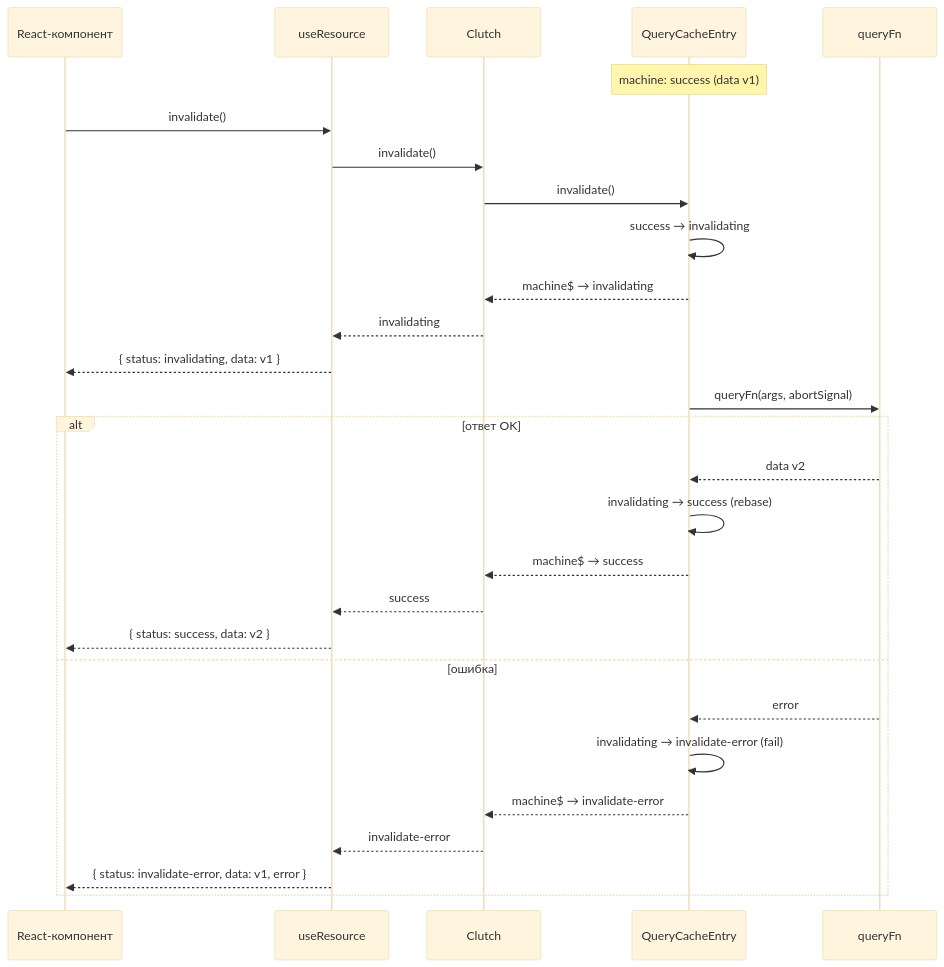
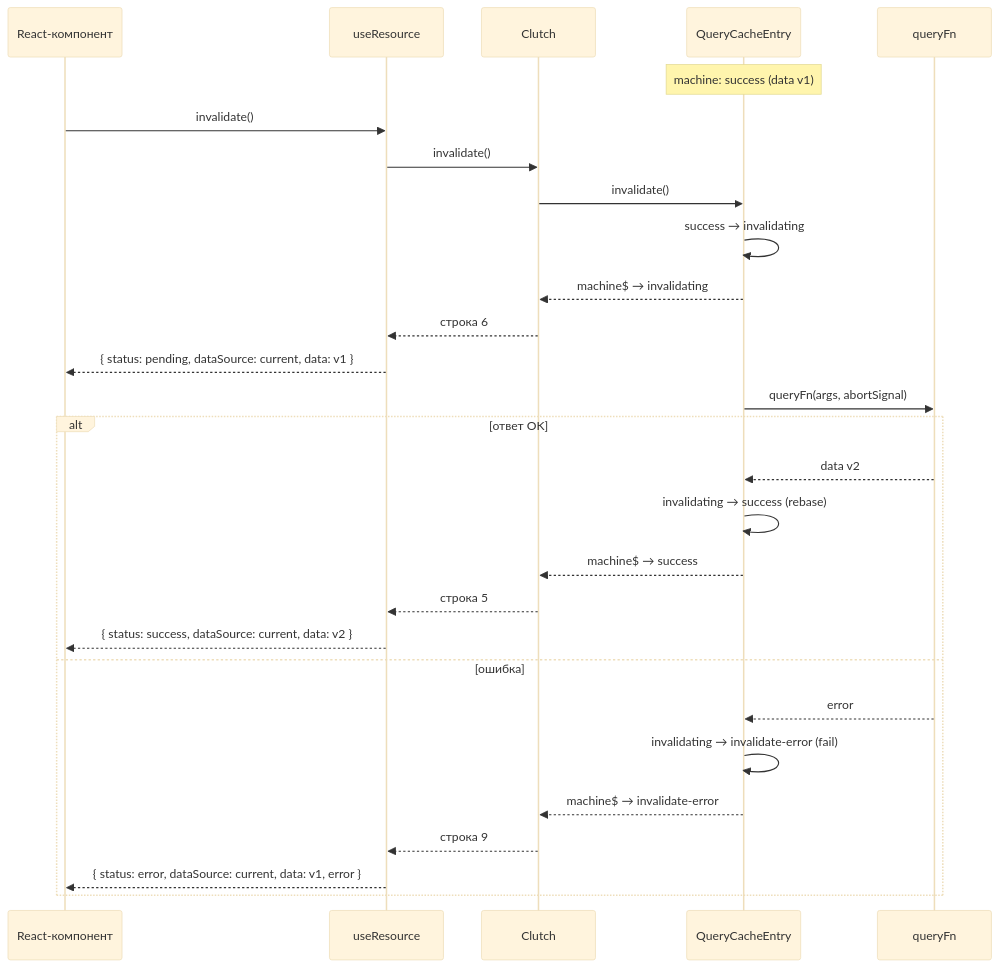
One commit to fozy-labs/rx-toolkit changed the fourth of 10 diagrams in docs/query/concepts/dataflows.md. Above: the diagram before and after it, drawn with Mermaid (base theme). The commit also changed other lines of this file and 67 other files, not shown here.

````diff
--- a/docs/query/concepts/dataflows.md
+++ b/docs/query/concepts/dataflows.md
@@ -156,34 +156,34 @@
 ```mermaid
 sequenceDiagram
     participant UI as React-компонент
     participant Hook as useResource
     participant Clutch as Clutch
     participant Entry as QueryCacheEntry
     participant Query as queryFn
 
     Note over Entry: machine: success (data v1)
 
     UI->>Hook: invalidate()
     Hook->>Clutch: invalidate()
     Clutch->>Entry: invalidate()
     Entry->>Entry: success → invalidating
     Entry-->>Clutch: machine$ → invalidating
-    Clutch-->>Hook: invalidating
-    Hook-->>UI: { status: invalidating, data: v1 }
+    Clutch-->>Hook: строка 6
+    Hook-->>UI: { status: pending, dataSource: current, data: v1 }
 
     Entry->>Query: queryFn(args, abortSignal)
 
     alt ответ OK
         Query-->>Entry: data v2
         Entry->>Entry: invalidating → success (rebase)
         Entry-->>Clutch: machine$ → success
-        Clutch-->>Hook: success
-        Hook-->>UI: { status: success, data: v2 }
+        Clutch-->>Hook: строка 5
+        Hook-->>UI: { status: success, dataSource: current, data: v2 }
     else ошибка
         Query-->>Entry: error
         Entry->>Entry: invalidating → invalidate-error (fail)
         Entry-->>Clutch: machine$ → invalidate-error
-        Clutch-->>Hook: invalidate-error
-        Hook-->>UI: { status: invalidate-error, data: v1, error }
+        Clutch-->>Hook: строка 9
+        Hook-->>UI: { status: error, dataSource: current, data: v1, error }
     end
 ```
````
